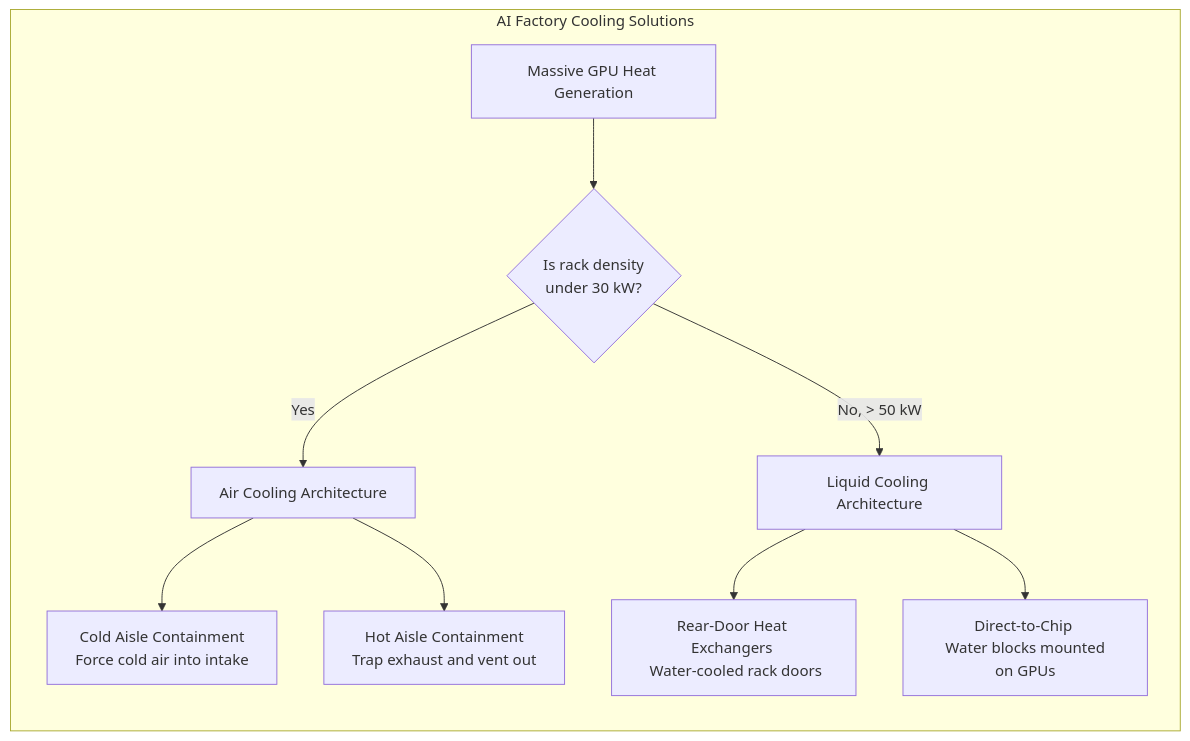
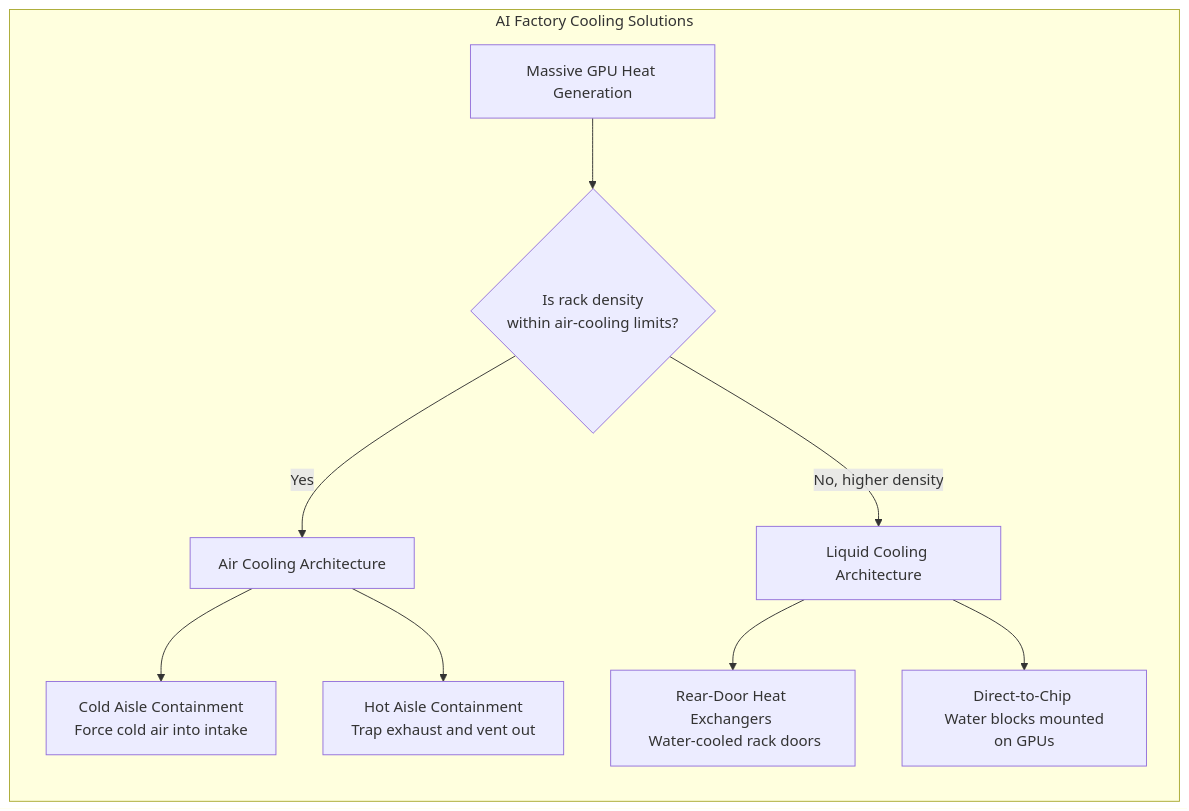
One commit to jithinpnjm/nvidia-devops changed the diagram in docs/nvidia-zero-to-hero/volume-21/chapter-05-power-delivery-and-thermal-management.md. Above: the diagram before and after it, drawn with Mermaid. The commit also changed other lines of this file and 289 other files, not shown here.

````diff
--- a/docs/nvidia-zero-to-hero/volume-21/chapter-05-power-delivery-and-thermal-management.md
+++ b/docs/nvidia-zero-to-hero/volume-21/chapter-05-power-delivery-and-thermal-management.md
@@ -302,16 +222,16 @@
 ```mermaid
 flowchart TD
     subgraph Datacenter_Cooling_Architecture["AI Factory Cooling Solutions"]
         direction TB
         
-        Heat[Massive GPU Heat Generation] --> Q1{"Is rack density <br/> under 30 kW?"}
+        Heat[Massive GPU Heat Generation] --> Q1{"Is rack density <br/> within air-cooling limits?"}
         
         Q1 -->|Yes| Air[Air Cooling Architecture]
         Air --> ColdAisle[Cold Aisle Containment <br/> Force cold air into intake]
         Air --> HotAisle[Hot Aisle Containment <br/> Trap exhaust and vent out]
         
-        Q1 -->|No, > 50 kW| Liquid[Liquid Cooling Architecture]
+        Q1 -->|No, higher density| Liquid[Liquid Cooling Architecture]
         Liquid --> RDHX[Rear-Door Heat Exchangers <br/> Water-cooled rack doors]
         Liquid --> D2C[Direct-to-Chip <br/> Water blocks mounted on GPUs]
     end
 ```
````
